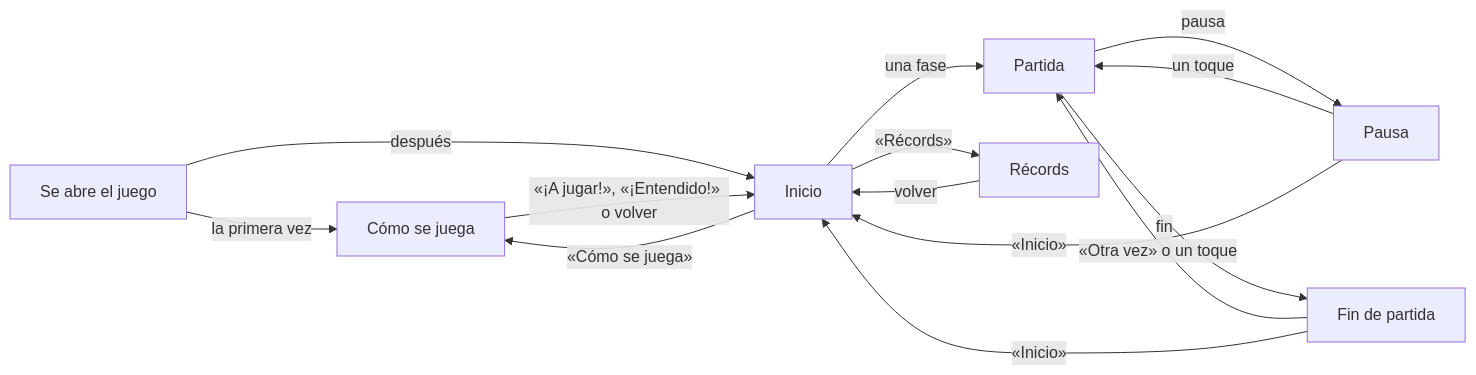
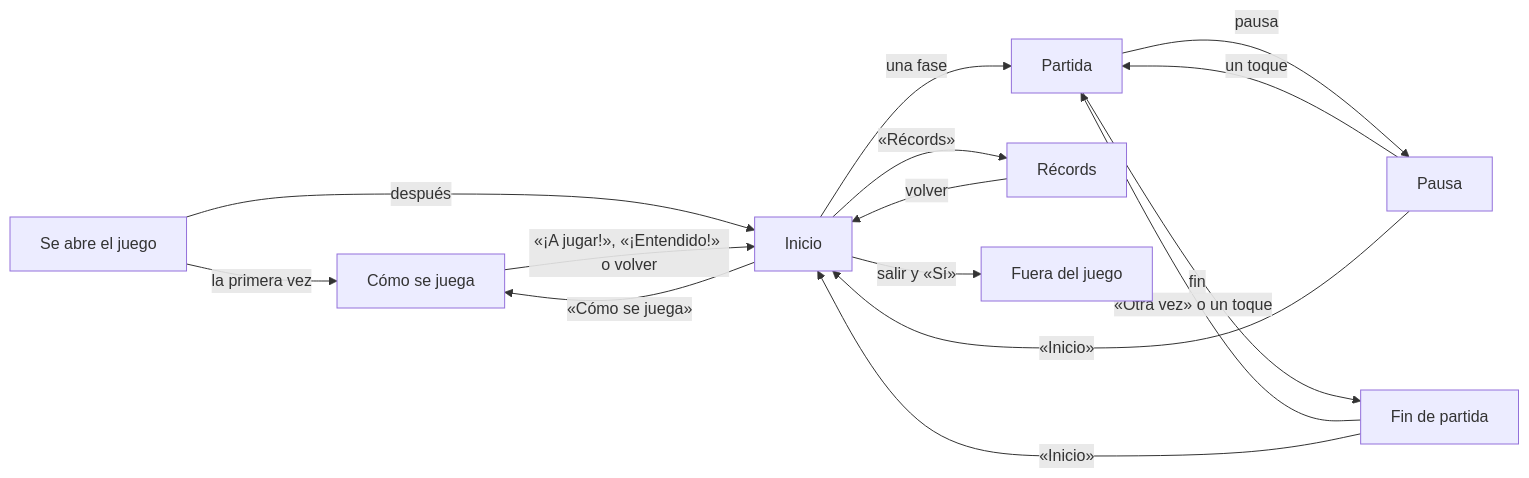
The diagram in docs/pantallas.md (fanguskdev-io/CaroFarty-Adventures), drawn with Mermaid before and after one commit. The commit also changed other lines of this file and 10 other files, not shown here.

````diff
--- a/docs/pantallas.md
+++ b/docs/pantallas.md
@@ -9,16 +9,17 @@
 ```mermaid
 flowchart LR
     A[Se abre el juego] -->|la primera vez| B[Cómo se juega]
     A -->|después| C[Inicio]
     B -->|«¡A jugar!», «¡Entendido!» o volver| C
     C -->|una fase| D[Partida]
     C -->|«Récords»| E[Récords]
     C -->|«Cómo se juega»| B
+    C -->|salir y «Sí»| H[Fuera del juego]
     E -->|volver| C
     D -->|pausa| F[Pausa]
     F -->|un toque| D
     F -->|«Inicio»| C
     D -->|fin| G[Fin de partida]
     G -->|«Otra vez» o un toque| D
     G -->|«Inicio»| C
 ```
````
